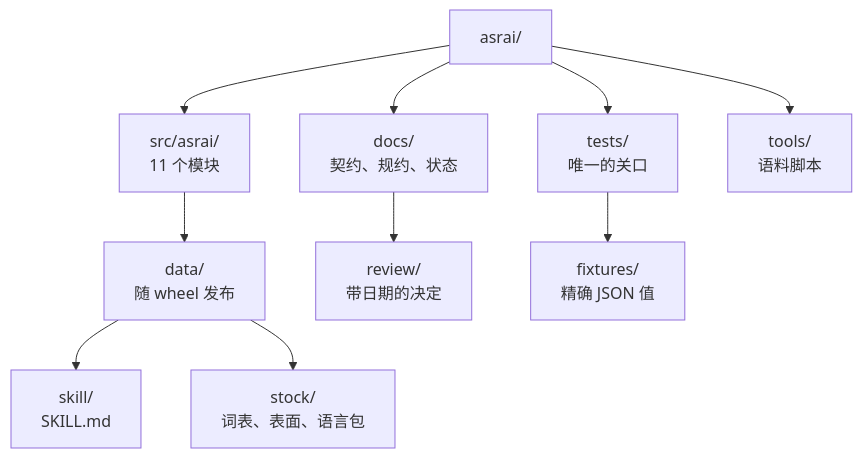
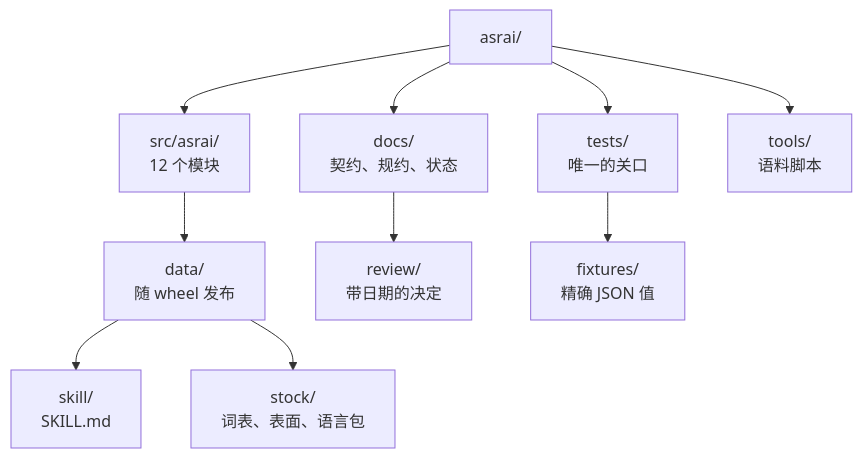
The diagram in docs/i18n/zh-Hans/README.md (Stdev17/asrai), drawn with Mermaid before and after one commit. The commit also changed other lines of this file and 15 other files, not shown here.

````diff
--- a/docs/i18n/zh-Hans/README.md
+++ b/docs/i18n/zh-Hans/README.md
@@ -73,8 +73,8 @@
 ```mermaid
 flowchart TD
-    ROOT["asrai/"] --> SRC["src/asrai/<br/>11 个模块"] & DOCS["docs/<br/>契约、规约、状态"] & TESTS["tests/<br/>唯一的关口"] & TOOLS["tools/<br/>语料脚本"]
+    ROOT["asrai/"] --> SRC["src/asrai/<br/>12 个模块"] & DOCS["docs/<br/>契约、规约、状态"] & TESTS["tests/<br/>唯一的关口"] & TOOLS["tools/<br/>语料脚本"]
     SRC --> DATA["data/<br/>随 wheel 发布"]
     DATA --> SKILL["skill/<br/>SKILL.md"] & STOCK["stock/<br/>词表、表面、语言包"]
     DOCS --> REVIEW["review/<br/>带日期的决定"]
     TESTS --> FIX["fixtures/<br/>精确 JSON 值"]
 ```
````
